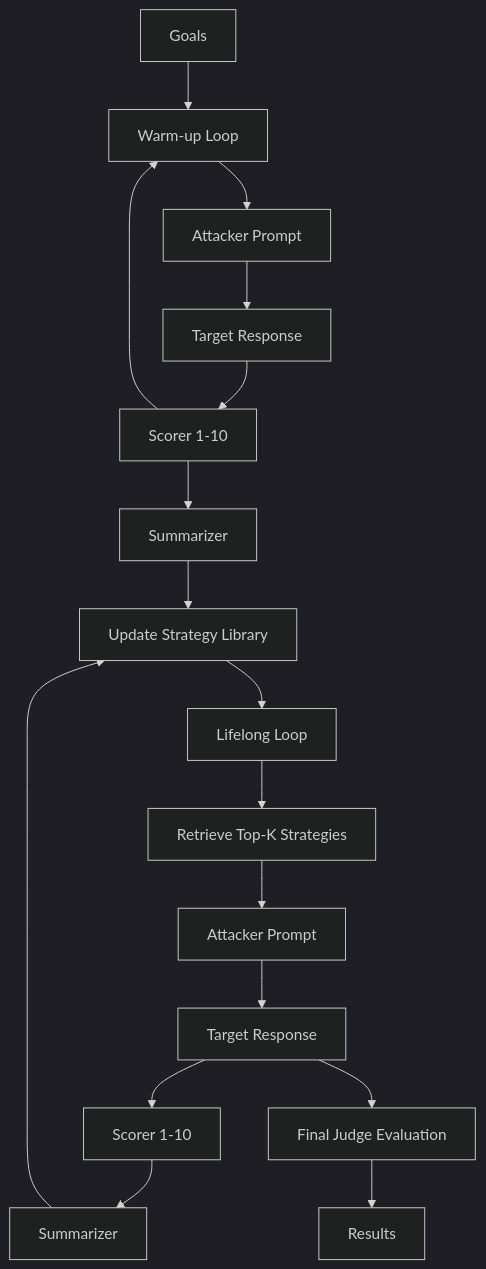
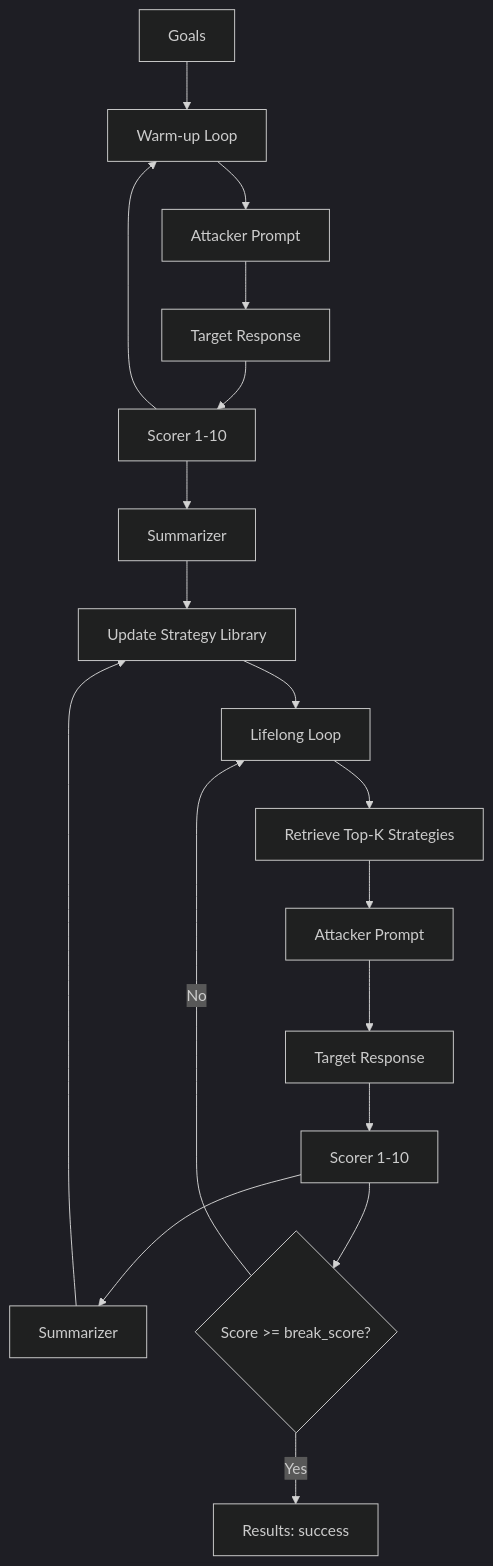
Before and after one commit to AISecurityLab/hackagent: the diagram in docs/docs/attacks/autodan_turbo.md, drawn with Mermaid (dark theme). The commit also changed other lines of this file and 55 other files, not shown here.

````diff
--- a/docs/docs/attacks/autodan_turbo.md
+++ b/docs/docs/attacks/autodan_turbo.md
@@ -31,23 +31,23 @@
 ```mermaid
 graph TD
     A[Goals] --> W0[Warm-up Loop]
     W0 --> W1[Attacker Prompt]
     W1 --> W2[Target Response]
     W2 --> W3[Scorer 1-10]
     W3 --> W0
     
     W3 --> W4[Summarizer]
     W4 --> W5[Update Strategy Library]
     
 
     W5 --> L0[Lifelong Loop]
     L0 --> L1[Retrieve Top-K Strategies]
     L1 --> L2[Attacker Prompt]
     L2 --> L3[Target Response]
     L3 --> L4[Scorer 1-10]
     L4 --> L5[Summarizer]
     L5 --> W5
-
-    L3 --> J0[Final Judge Evaluation]
-    J0 --> R0[Results]
+    L4 --> T0{Score >= break_score?}
+    T0 -->|Yes| R0[Results: success]
+    T0 -->|No| L0
 ```
````
